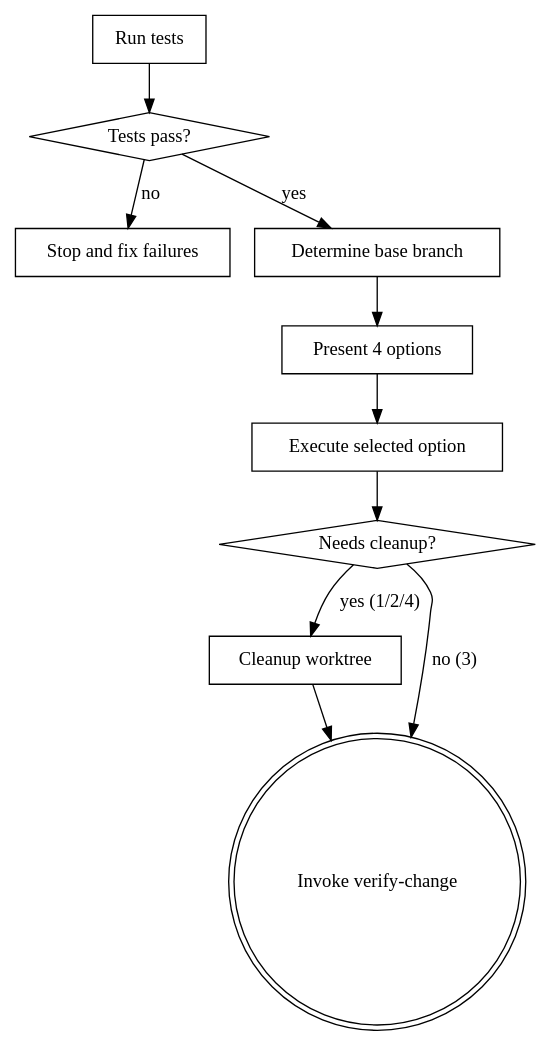
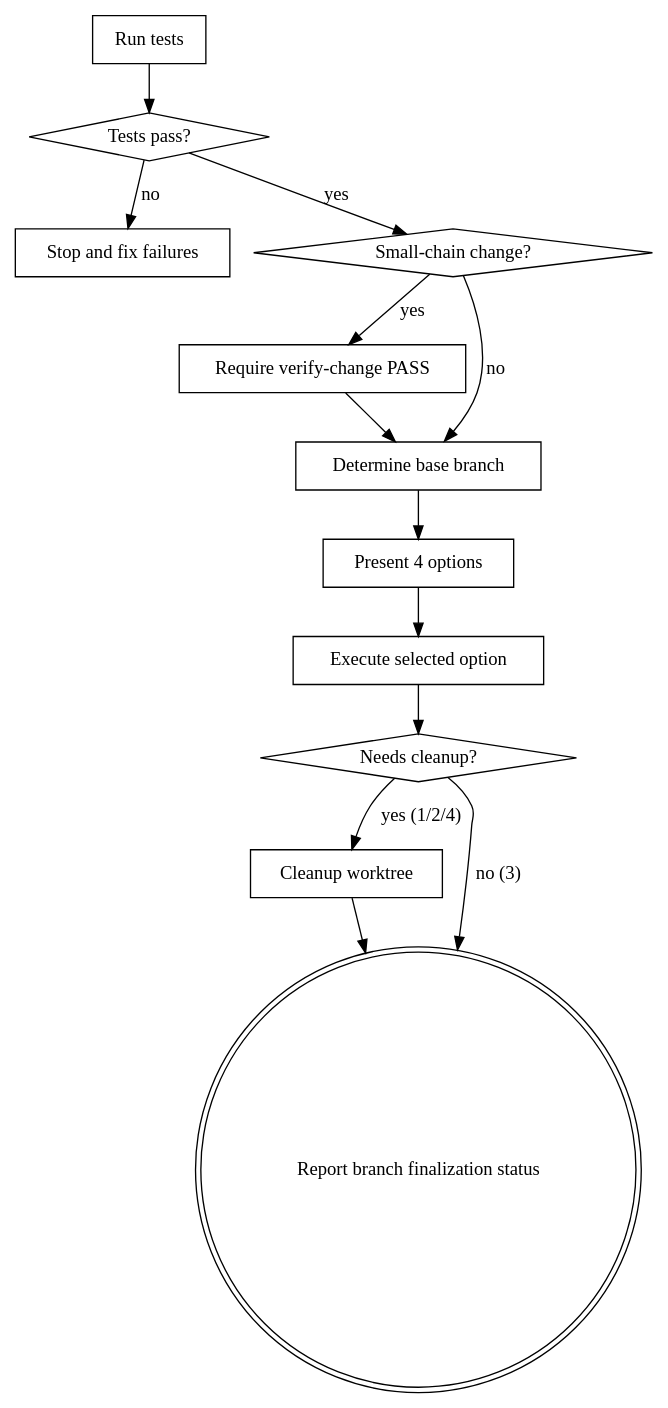
One commit to jieli-cqwl/org-claude-skills changed the diagram in community/superpowers/skills/finishing-a-development-branch/SKILL.md. Above: the diagram before and after it, drawn with Graphviz. The commit also changed other lines of this file and 13 other files, not shown here.

Commit message:
fix: enforce closeout routing before branch finalization

````diff
--- a/community/superpowers/skills/finishing-a-development-branch/SKILL.md
+++ b/community/superpowers/skills/finishing-a-development-branch/SKILL.md
@@ -21,23 +21,28 @@
 ```dot
 digraph finishing_branch {
     "Run tests" [shape=box];
     "Tests pass?" [shape=diamond];
     "Stop and fix failures" [shape=box];
+    "Small-chain change?" [shape=diamond];
+    "Require verify-change PASS" [shape=box];
     "Determine base branch" [shape=box];
     "Present 4 options" [shape=box];
     "Execute selected option" [shape=box];
     "Needs cleanup?" [shape=diamond];
     "Cleanup worktree" [shape=box];
-    "Invoke verify-change" [shape=doublecircle];
+    "Report branch finalization status" [shape=doublecircle];
 
     "Run tests" -> "Tests pass?";
     "Tests pass?" -> "Stop and fix failures" [label="no"];
-    "Tests pass?" -> "Determine base branch" [label="yes"];
+    "Tests pass?" -> "Small-chain change?" [label="yes"];
+    "Small-chain change?" -> "Require verify-change PASS" [label="yes"];
+    "Small-chain change?" -> "Determine base branch" [label="no"];
+    "Require verify-change PASS" -> "Determine base branch";
     "Determine base branch" -> "Present 4 options";
     "Present 4 options" -> "Execute selected option";
     "Execute selected option" -> "Needs cleanup?";
     "Needs cleanup?" -> "Cleanup worktree" [label="yes (1/2/4)"];
-    "Needs cleanup?" -> "Invoke verify-change" [label="no (3)"];
-    "Cleanup worktree" -> "Invoke verify-change";
+    "Needs cleanup?" -> "Report branch finalization status" [label="no (3)"];
+    "Cleanup worktree" -> "Report branch finalization status";
 }
 ```
````
